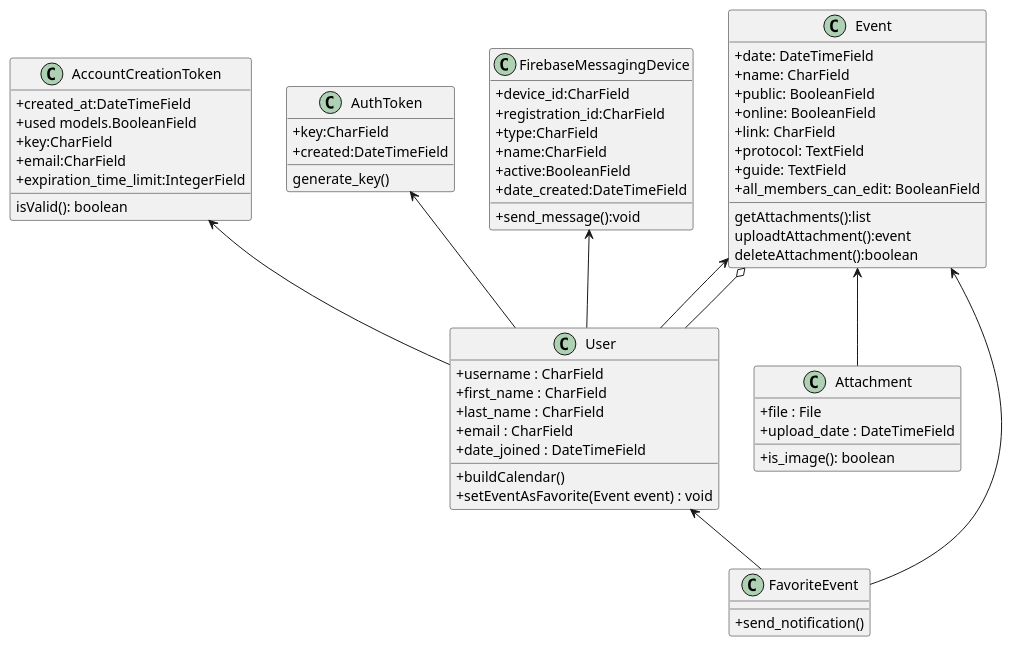
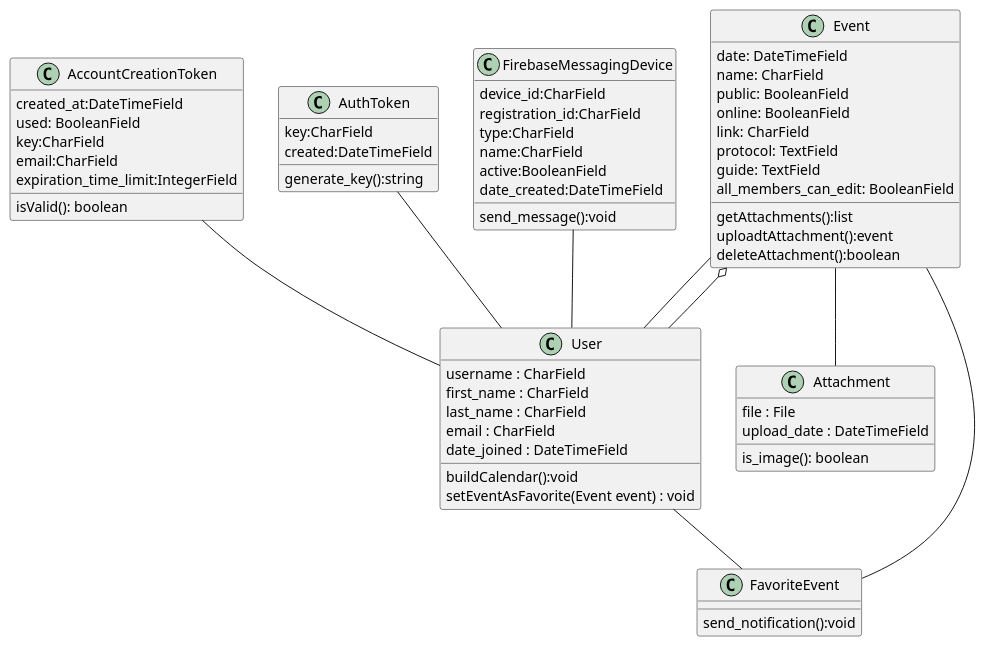
One commit to DricoGrosch/TCC-UDESC-DJANGO-APP changed the diagram in clas.puml. Above: the diagram before and after it, drawn with PlantUML. The commit also changed 7 other files, not shown here.

```diff
--- a/clas.puml
+++ b/clas.puml
@@ -1,66 +1,66 @@
 @startuml
 skinparam classAttributeIconSize 0
 class Event {
-    +date: DateTimeField
-    +name: CharField
-    +public: BooleanField
-    +online: BooleanField
-    +link: CharField
-    +protocol: TextField
-    +guide: TextField
-    +all_members_can_edit: BooleanField
+    date: DateTimeField
+    name: CharField
+    public: BooleanField
+    online: BooleanField
+    link: CharField
+    protocol: TextField
+    guide: TextField
+    all_members_can_edit: BooleanField
     getAttachments():list
     uploadtAttachment():event
     deleteAttachment():boolean
 }
 
 class User {
-+username : CharField
-+first_name : CharField
-+last_name : CharField
-+email : CharField
-+date_joined : DateTimeField
-+buildCalendar()
-+setEventAsFavorite(Event event) : void
+username : CharField
+first_name : CharField
+last_name : CharField
+email : CharField
+date_joined : DateTimeField
+buildCalendar():void
+setEventAsFavorite(Event event) : void
 
 }
 class Attachment {
-    +file : File
-    +upload_date : DateTimeField
-    +is_image(): boolean
+    file : File
+    upload_date : DateTimeField
+    is_image(): boolean
 }
 class FavoriteEvent {
-+send_notification()
+send_notification():void
 }
 class AccountCreationToken{
-+created_at:DateTimeField
-+used models.BooleanField
-+key:CharField
-+email:CharField
-+expiration_time_limit:IntegerField
+created_at:DateTimeField
+used: BooleanField
+key:CharField
+email:CharField
+expiration_time_limit:IntegerField
 isValid(): boolean
 }
 class AuthToken{
-+key:CharField
-+created:DateTimeField
-generate_key()
+key:CharField
+created:DateTimeField
+generate_key():string
 }
 class FirebaseMessagingDevice{
-+device_id:CharField
-+registration_id:CharField
-+type:CharField
-+name:CharField
-+active:BooleanField
-+date_created:DateTimeField
-+send_message():void
+device_id:CharField
+registration_id:CharField
+type:CharField
+name:CharField
+active:BooleanField
+date_created:DateTimeField
+send_message():void
 }
-Event <-- FavoriteEvent
-User <-- FavoriteEvent
-Event <-- Attachment
-Event <-- User
-FirebaseMessagingDevice <-- User
-AuthToken <-- User
-AccountCreationToken <-- User
+Event -- FavoriteEvent
+User -- FavoriteEvent
+Event -- Attachment
+Event -- User
+FirebaseMessagingDevice -- User
+AuthToken -- User
+AccountCreationToken -- User
 Event o-- User
 
 @enduml
```
